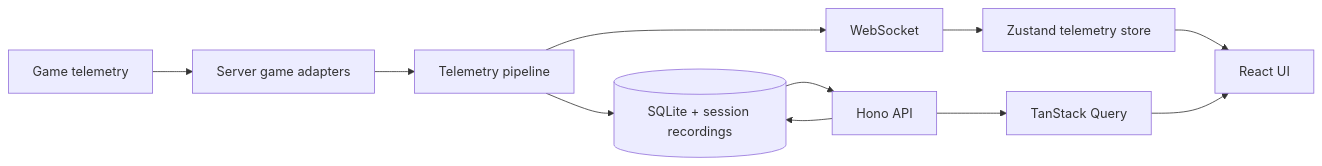
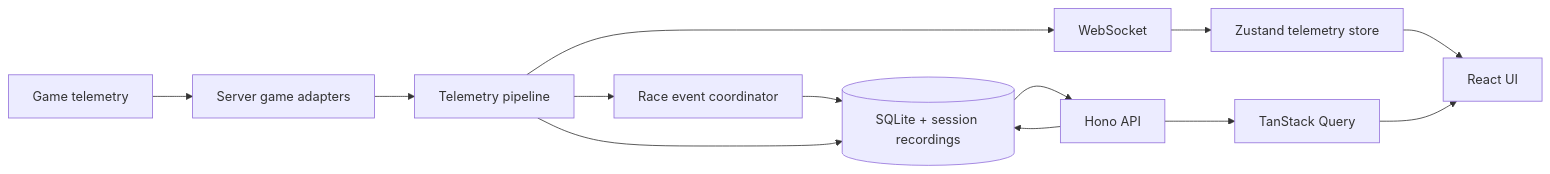
Before and after one commit to SpeedHQ/RaceIQ: the diagram in docs/architecture/overview.md, drawn with Mermaid. The commit also changed other lines of this file and 104 other files, not shown here.

Commit message:
feat(race-events): add durable session timeline

````diff
--- a/docs/architecture/overview.md
+++ b/docs/architecture/overview.md
@@ -7,13 +7,15 @@
 ```mermaid
 graph LR
   Games[Game telemetry] --> Adapters[Server game adapters]
   Adapters --> Pipeline[Telemetry pipeline]
+  Pipeline --> Timeline[Race event coordinator]
+  Timeline --> DB
   Pipeline --> DB[(SQLite + session recordings)]
   Pipeline --> WS[WebSocket]
   API[Hono API] --> DB
   DB --> API
   WS --> Store[Zustand telemetry store]
   API --> Query[TanStack Query]
   Store --> UI[React UI]
   Query --> UI
 ```
````
